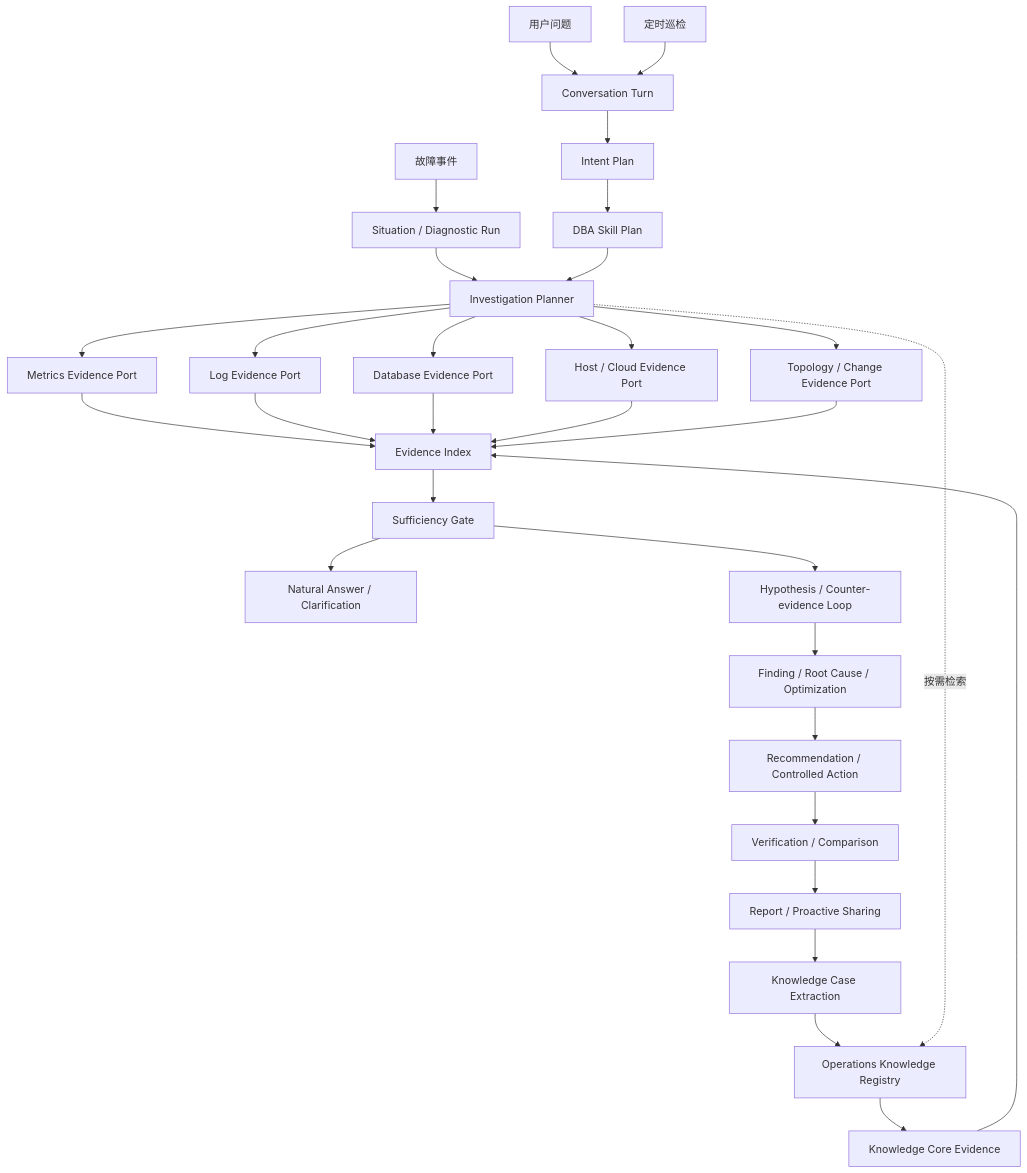
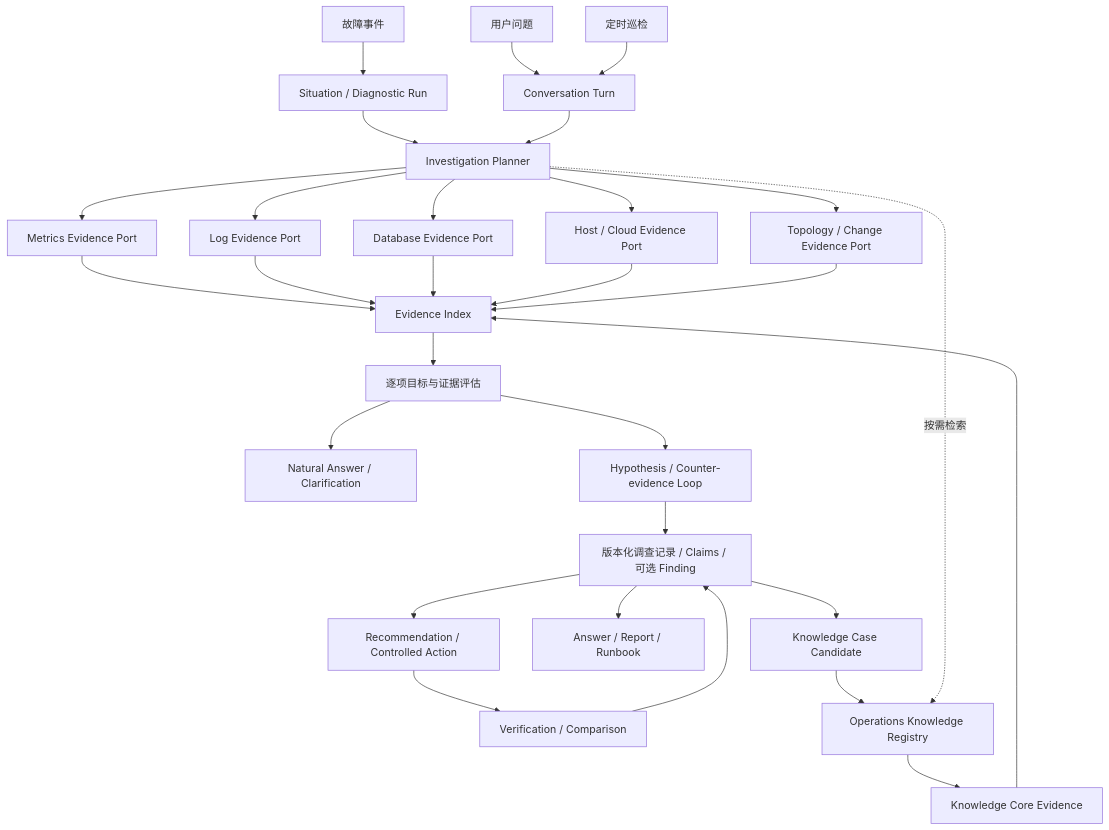
Before and after one commit to munger1985/kbot: the diagram in docs/architecture/aiops-agent.md, drawn with Mermaid. The commit also changed other lines of this file and 8 other files, not shown here.

````diff
--- a/docs/architecture/aiops-agent.md
+++ b/docs/architecture/aiops-agent.md
@@ -14,35 +22,34 @@
 ```mermaid
 flowchart TD
     A1[故障事件] --> SIT[Situation / Diagnostic Run]
     A2[用户问题] --> TURN[Conversation Turn]
     A3[定时巡检] --> TURN
 
     SIT --> PLAN[Investigation Planner]
-    TURN --> IP[Intent Plan]
-    IP --> SP[DBA Skill Plan]
-    SP --> PLAN
+    TURN --> PLAN
     PLAN --> MP[Metrics Evidence Port]
     PLAN --> LP[Log Evidence Port]
     PLAN --> DP[Database Evidence Port]
     PLAN --> HP[Host / Cloud Evidence Port]
     PLAN --> TP[Topology / Change Evidence Port]
 
     MP --> EI[Evidence Index]
     LP --> EI
     DP --> EI
     HP --> EI
     TP --> EI
 
-    EI --> SG[Sufficiency Gate]
+    EI --> SG[逐项目标与证据评估]
     SG --> ANS[Natural Answer / Clarification]
     SG --> H[Hypothesis / Counter-evidence Loop]
-    H --> F[Finding / Root Cause / Optimization]
+    H --> F[版本化调查记录 / Claims / 可选 Finding]
     F --> R[Recommendation / Controlled Action]
     R --> V[Verification / Comparison]
-    V --> REP[Report / Proactive Sharing]
-    REP --> KE[Knowledge Case Extraction]
+    V --> F
+    F --> REP[Answer / Report / Runbook]
+    F --> KE[Knowledge Case Candidate]
     KE --> OKB[Operations Knowledge Registry]
     PLAN -. 按需检索 .-> OKB
     OKB --> KC[Knowledge Core Evidence]
     KC --> EI
 ```
````
